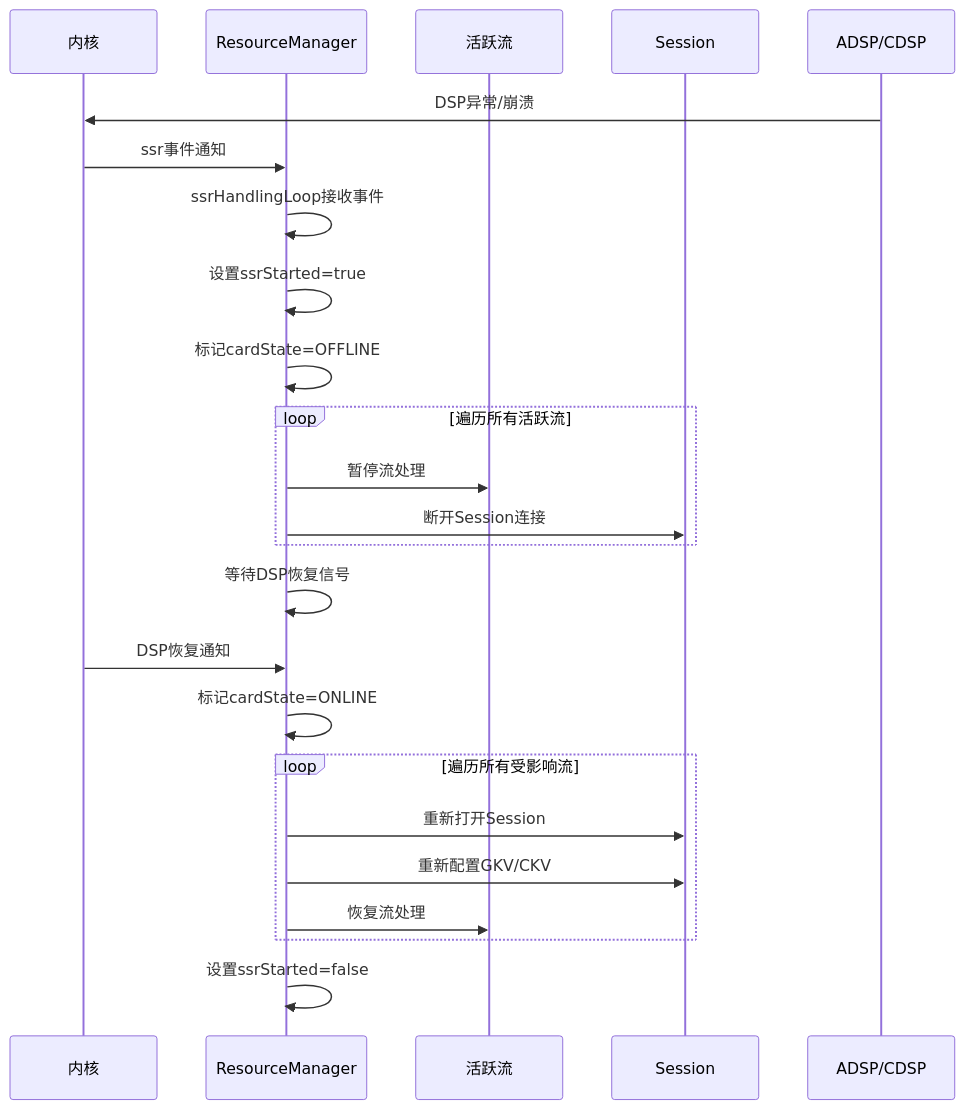
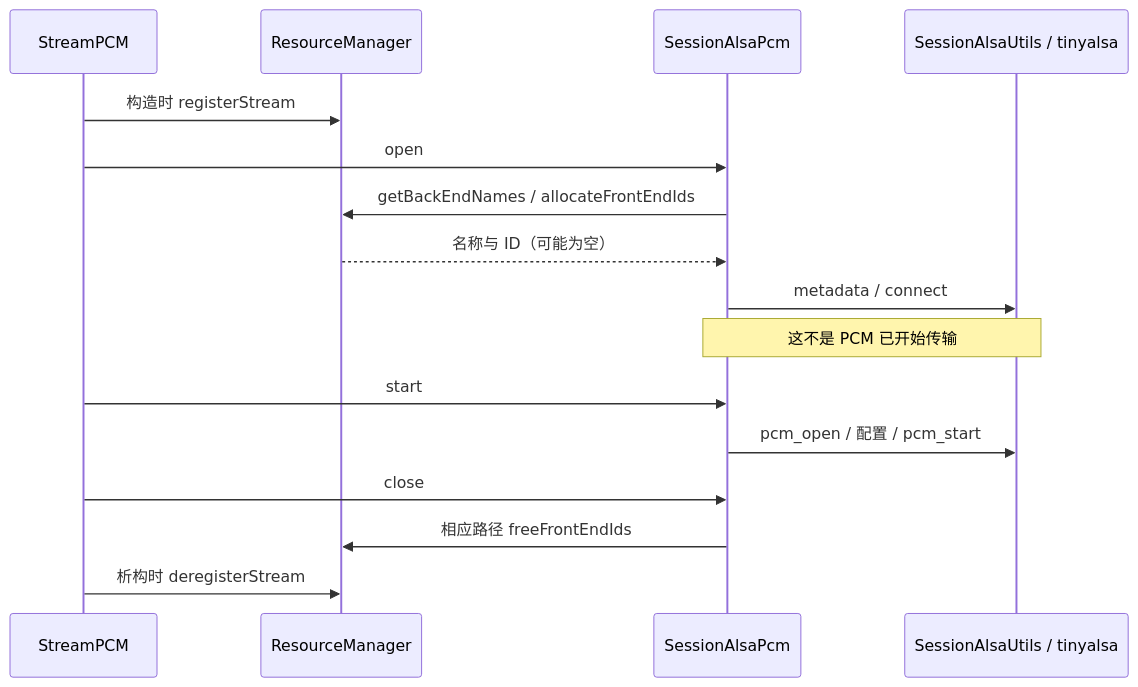
The second of 2 diagrams in 15_PAL_Architecture/15_15.6_ResourceManager-PAL核心管理模块.md (yanglinzhen1022/SA8295_AAOS_QNX_Audio_KnowledgeBase), drawn with Mermaid before and after one commit. The commit also changed other lines of this file and 7 other files, not shown here.

````diff
--- a/15_PAL_Architecture/15_15.6_ResourceManager-PAL核心管理模块.md
+++ b/15_PAL_Architecture/15_15.6_ResourceManager-PAL核心管理模块.md
@@ -376,31 +108,18 @@
 ```mermaid
 sequenceDiagram
-    participant Kernel as 内核
-    participant RM as ResourceManager
-    participant Stream as 活跃流
-    participant Session as Session
-    participant DSP as ADSP/CDSP
-
-    DSP->>Kernel: DSP异常/崩溃
-    Kernel->>RM: ssr事件通知
-    RM->>RM: ssrHandlingLoop接收事件
-    RM->>RM: 设置ssrStarted=true
-    RM->>RM: 标记cardState=OFFLINE
-
-    loop 遍历所有活跃流
-        RM->>Stream: 暂停流处理
-        RM->>Session: 断开Session连接
-    end
-
-    RM->>RM: 等待DSP恢复信号
-    Kernel->>RM: DSP恢复通知
-    RM->>RM: 标记cardState=ONLINE
-
-    loop 遍历所有受影响流
-        RM->>Session: 重新打开Session
-        RM->>Session: 重新配置GKV/CKV
-        RM->>Stream: 恢复流处理
-    end
-
-    RM->>RM: 设置ssrStarted=false
+    participant S as StreamPCM
+    participant R as ResourceManager
+    participant A as SessionAlsaPcm
+    participant U as SessionAlsaUtils / tinyalsa
+    S->>R: 构造时 registerStream
+    S->>A: open
+    A->>R: getBackEndNames / allocateFrontEndIds
+    R-->>A: 名称与 ID（可能为空）
+    A->>U: metadata / connect
+    Note over A,U: 这不是 PCM 已开始传输
+    S->>A: start
+    A->>U: pcm_open / 配置 / pcm_start
+    S->>A: close
+    A->>R: 相应路径 freeFrontEndIds
+    S->>R: 析构时 deregisterStream
 ```
````
